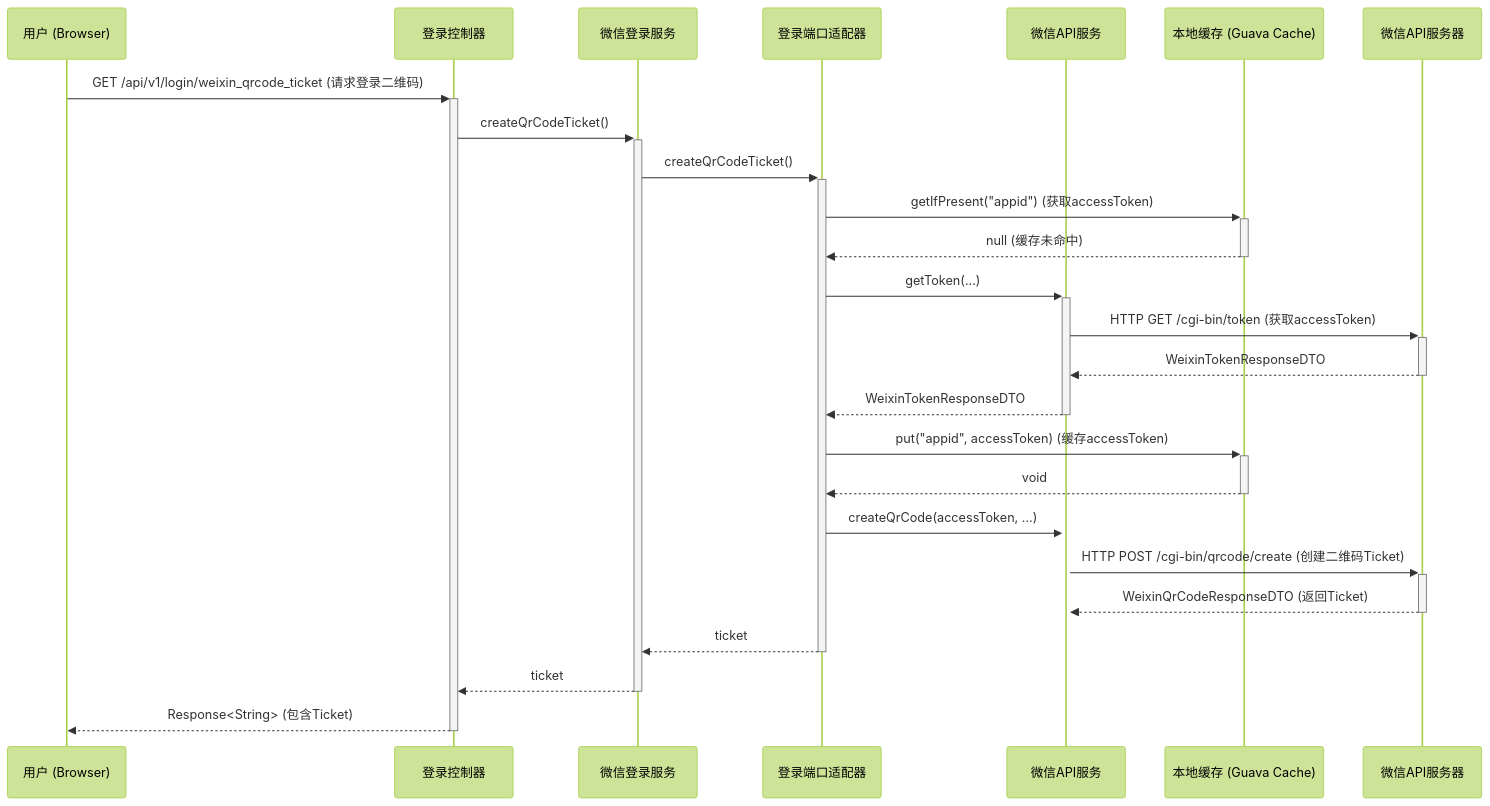
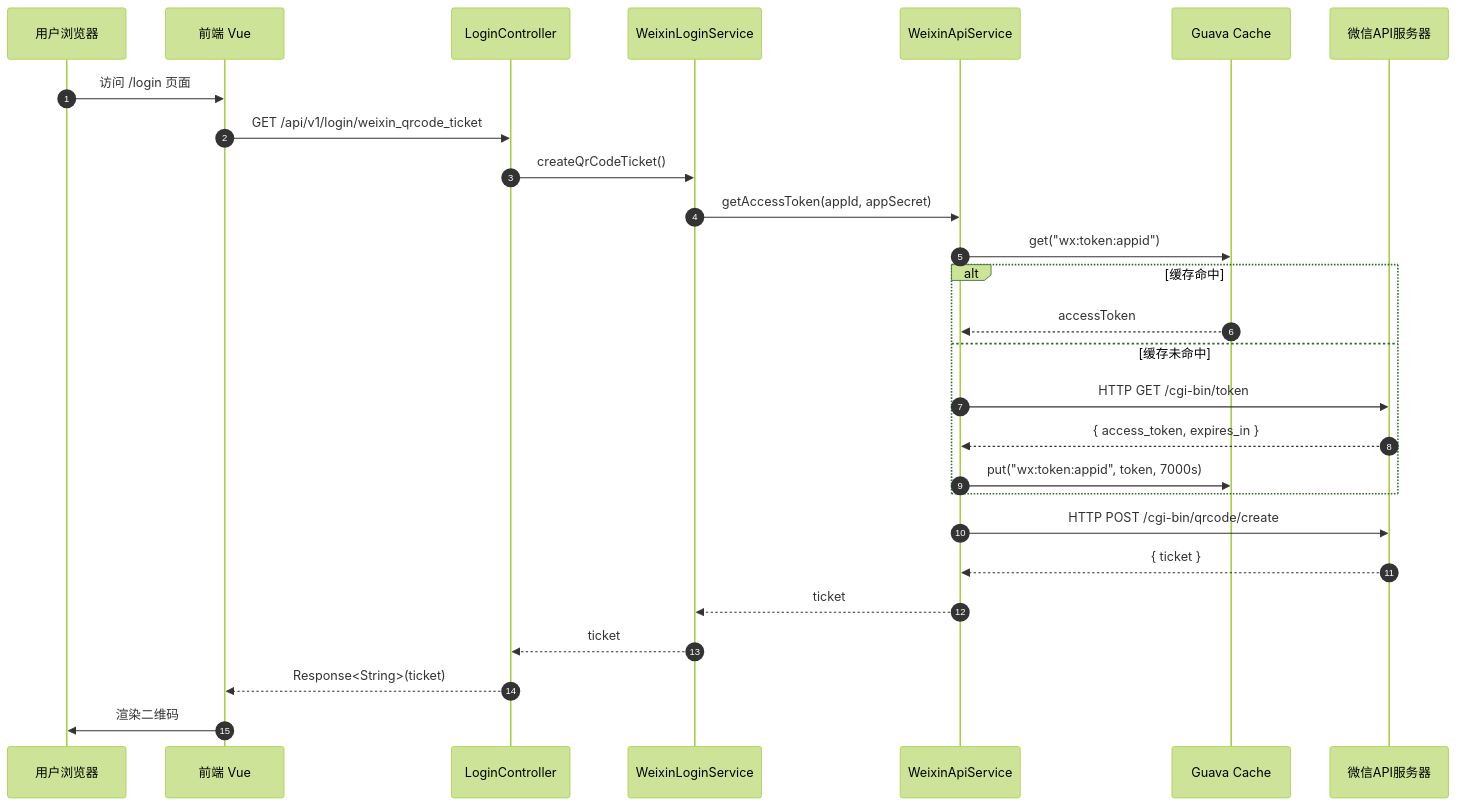
The first of 2 diagrams in docs/design/weixinLogin.md (sxlva/s-pay-mall), drawn with Mermaid (forest theme) before and after one commit. The commit also changed other lines of this file and 114 other files, not shown here.

````diff
--- a/docs/design/weixinLogin.md
+++ b/docs/design/weixinLogin.md
@@ -11,28 +21,32 @@
 ```mermaid
 sequenceDiagram
-    participant User as 用户 (Browser)
-    participant LoginController as 登录控制器
-    participant WeixinLoginService as 微信登录服务
-    participant LoginPort as 登录端口适配器
-    participant WeixinApiService as 微信API服务
-    participant Cache as 本地缓存 (Guava Cache)
-    participant WeChatAPI as 微信API服务器
+    autonumber
+    participant User as 用户浏览器
+    participant F as 前端 Vue
+    participant C as LoginController
+    participant S as WeixinLoginService
+    participant A as WeixinApiService
+    participant Cache as Guava Cache
+    participant WX as 微信API服务器
 
-    User->>+LoginController: GET /api/v1/login/weixin_qrcode_ticket (请求登录二维码)
-    LoginController->>+WeixinLoginService: createQrCodeTicket()
-    WeixinLoginService->>+LoginPort: createQrCodeTicket()
-    LoginPort->>+Cache: getIfPresent("appid") (获取accessToken)
-    Cache-->>-LoginPort: null (缓存未命中)
-    LoginPort->>+WeixinApiService: getToken(...)
-    WeixinApiService->>+WeChatAPI: HTTP GET /cgi-bin/token (获取accessToken)
-    WeChatAPI-->>-WeixinApiService: WeixinTokenResponseDTO
-    WeixinApiService-->>-LoginPort: WeixinTokenResponseDTO
-    LoginPort->>+Cache: put("appid", accessToken) (缓存accessToken)
-    Cache-->>-LoginPort: void
-    LoginPort->>+WeixinApiService: createQrCode(accessToken, ...)
-    WeixinApiService->>+WeChatAPI: HTTP POST /cgi-bin/qrcode/create (创建二维码Ticket)
-    WeChatAPI-->>-WeixinApiService: WeixinQrCodeResponseDTO (返回Ticket)
-    LoginPort-->>-WeixinLoginService: ticket
-    WeixinLoginService-->>-LoginController: ticket
-    LoginController-->>-User: Response<String> (包含Ticket)
+    User->>F: 访问 /login 页面
+    F->>C: GET /api/v1/login/weixin_qrcode_ticket
+    C->>S: createQrCodeTicket()
+    S->>A: getAccessToken(appId, appSecret)
+    A->>Cache: get("wx:token:appid")
+    
+    alt 缓存命中
+        Cache-->>A: accessToken
+    else 缓存未命中
+        A->>WX: HTTP GET /cgi-bin/token
+        WX-->>A: { access_token, expires_in }
+        A->>Cache: put("wx:token:appid", token, 7000s)
+    end
+    
+    A->>WX: HTTP POST /cgi-bin/qrcode/create
+    WX-->>A: { ticket }
+    A-->>S: ticket
+    S-->>C: ticket
+    C-->>F: Response<String>(ticket)
+    F->>User: 渲染二维码
 ```
````
